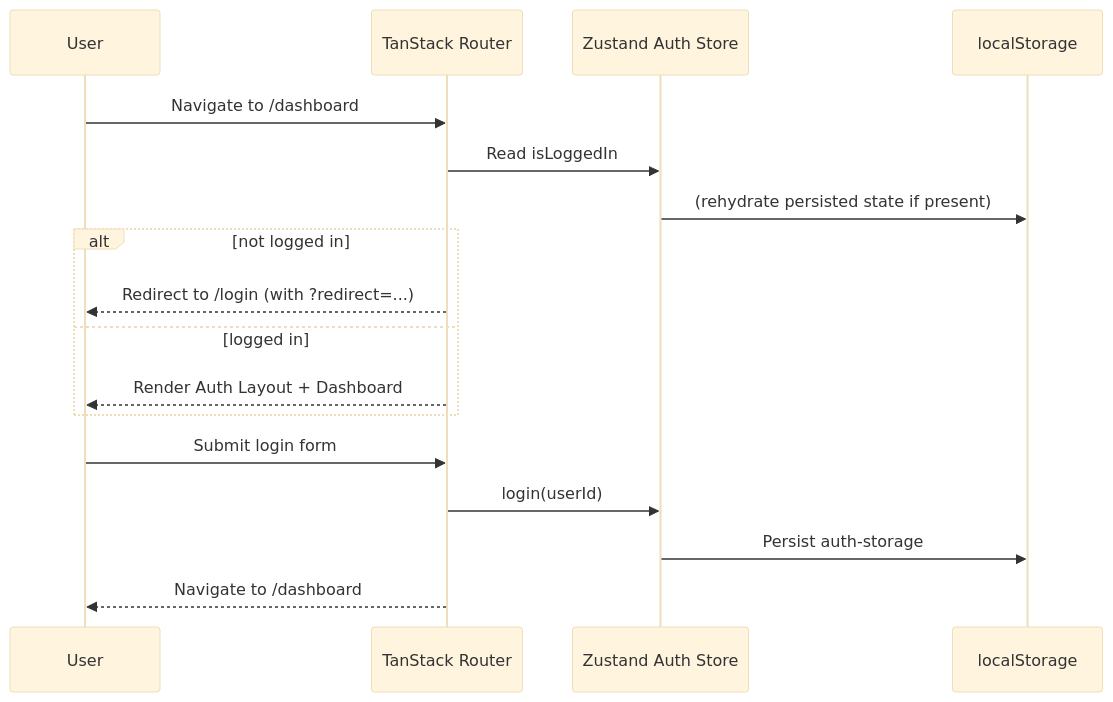
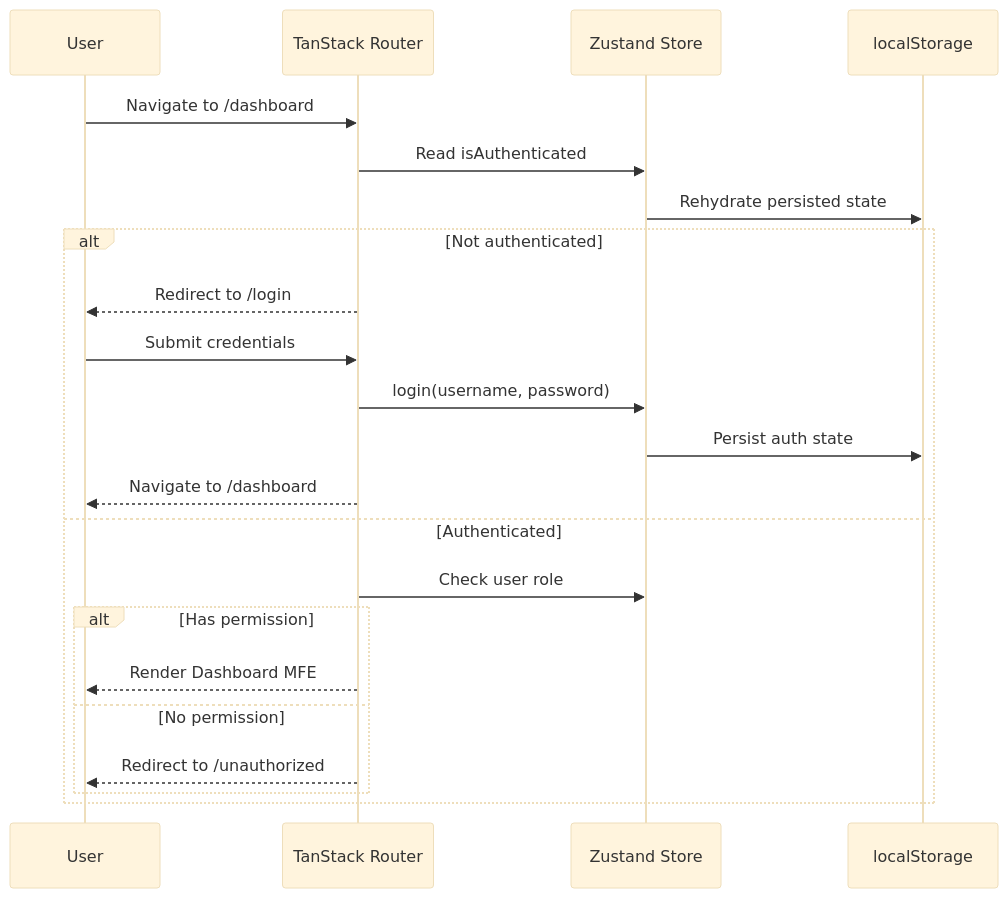
One commit to piyushimraw/dash-dashboard changed the fifth of 6 diagrams in ARCHITECTURE.md. Above: the diagram before and after it, drawn with Mermaid (base theme). The commit also changed other lines of this file, not shown here.

First line of the commit message:
docs(03-03): update ARCHITECTURE.md with MFE structure

````diff
--- a/ARCHITECTURE.md
+++ b/ARCHITECTURE.md
@@ -258,21 +303,26 @@
 ```mermaid
 sequenceDiagram
-  participant U as User
-  participant R as TanStack Router
-  participant S as Zustand Auth Store
-  participant LS as localStorage
+    participant U as User
+    participant R as TanStack Router
+    participant S as Zustand Store
+    participant LS as localStorage
 
-  U->>R: Navigate to /dashboard
-  R->>S: Read isLoggedIn
-  S->>LS: (rehydrate persisted state if present)
-  alt not logged in
-    R-->>U: Redirect to /login (with ?redirect=...)
-  else logged in
-    R-->>U: Render Auth Layout + Dashboard
-  end
+    U->>R: Navigate to /dashboard
+    R->>S: Read isAuthenticated
+    S->>LS: Rehydrate persisted state
 
-  U->>R: Submit login form
-  R->>S: login(userId)
-  S->>LS: Persist auth-storage
-  R-->>U: Navigate to /dashboard
+    alt Not authenticated
+        R-->>U: Redirect to /login
+        U->>R: Submit credentials
+        R->>S: login(username, password)
+        S->>LS: Persist auth state
+        R-->>U: Navigate to /dashboard
+    else Authenticated
+        R->>S: Check user role
+        alt Has permission
+            R-->>U: Render Dashboard MFE
+        else No permission
+            R-->>U: Redirect to /unauthorized
+        end
+    end
 ```
````
